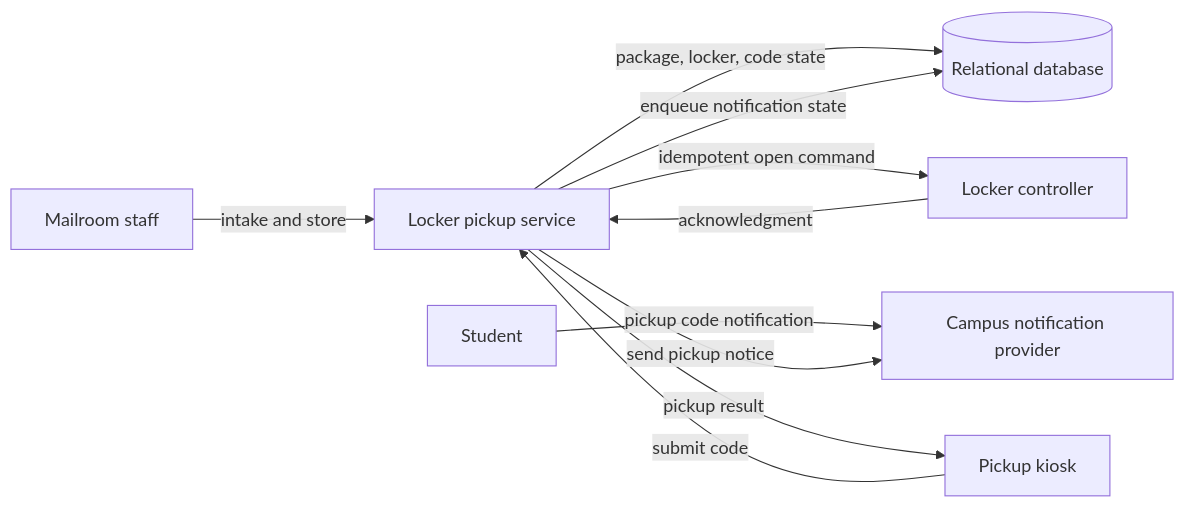
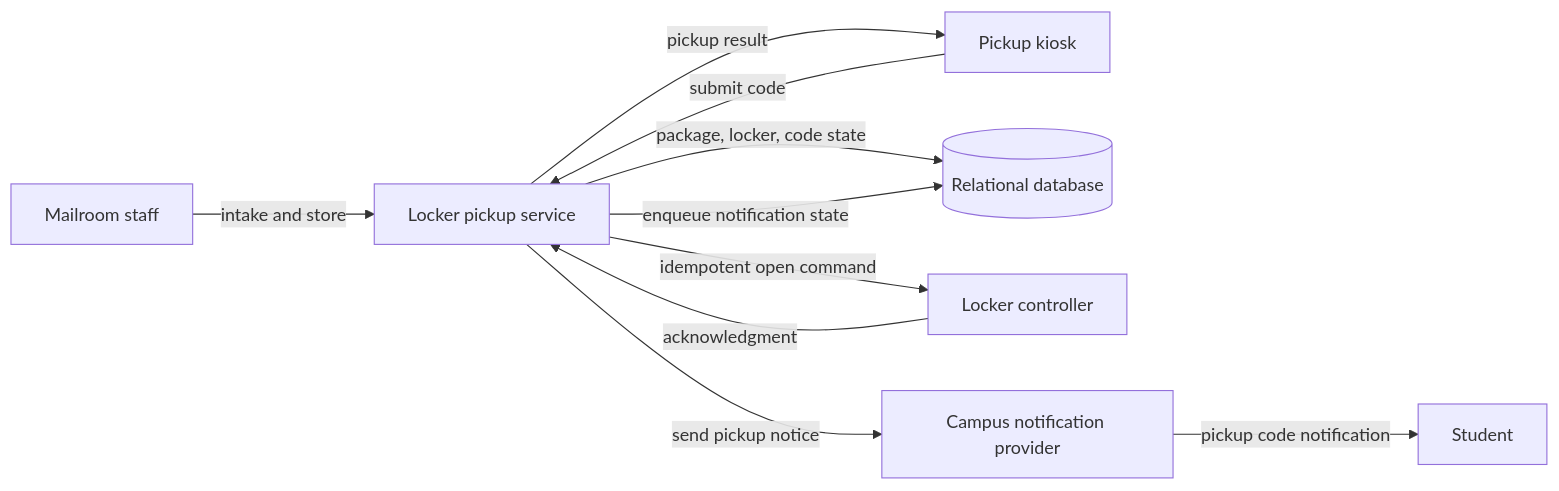
The first of 2 diagrams in solutions/system-design/13-campus-parcel-locker-pickup.md (KevinVilchisAy/bloomberg-interview-practice), drawn with Mermaid before and after one commit. The commit also changed 6 other files, not shown here.

Commit message:
docs: audit System Design Mermaid relationships and rendering (#31)

````diff
--- a/solutions/system-design/13-campus-parcel-locker-pickup.md
+++ b/solutions/system-design/13-campus-parcel-locker-pickup.md
@@ -36,19 +36,19 @@
 ```mermaid
 flowchart LR
     Staff[Mailroom staff]
     Student[Student]
     Kiosk[Pickup kiosk]
     App[Locker pickup service]
     DB[(Relational database)]
     Controller[Locker controller]
     Notify[Campus notification provider]
     Staff -->|intake and store| App
-    Student -->|pickup code notification| Notify
+    Notify -->|pickup code notification| Student
     Kiosk -->|submit code| App
     App -->|package, locker, code state| DB
     App -->|idempotent open command| Controller
     Controller -->|acknowledgment| App
     App -->|enqueue notification state| DB
     App -->|send pickup notice| Notify
     App -->|pickup result| Kiosk
 ```
````
